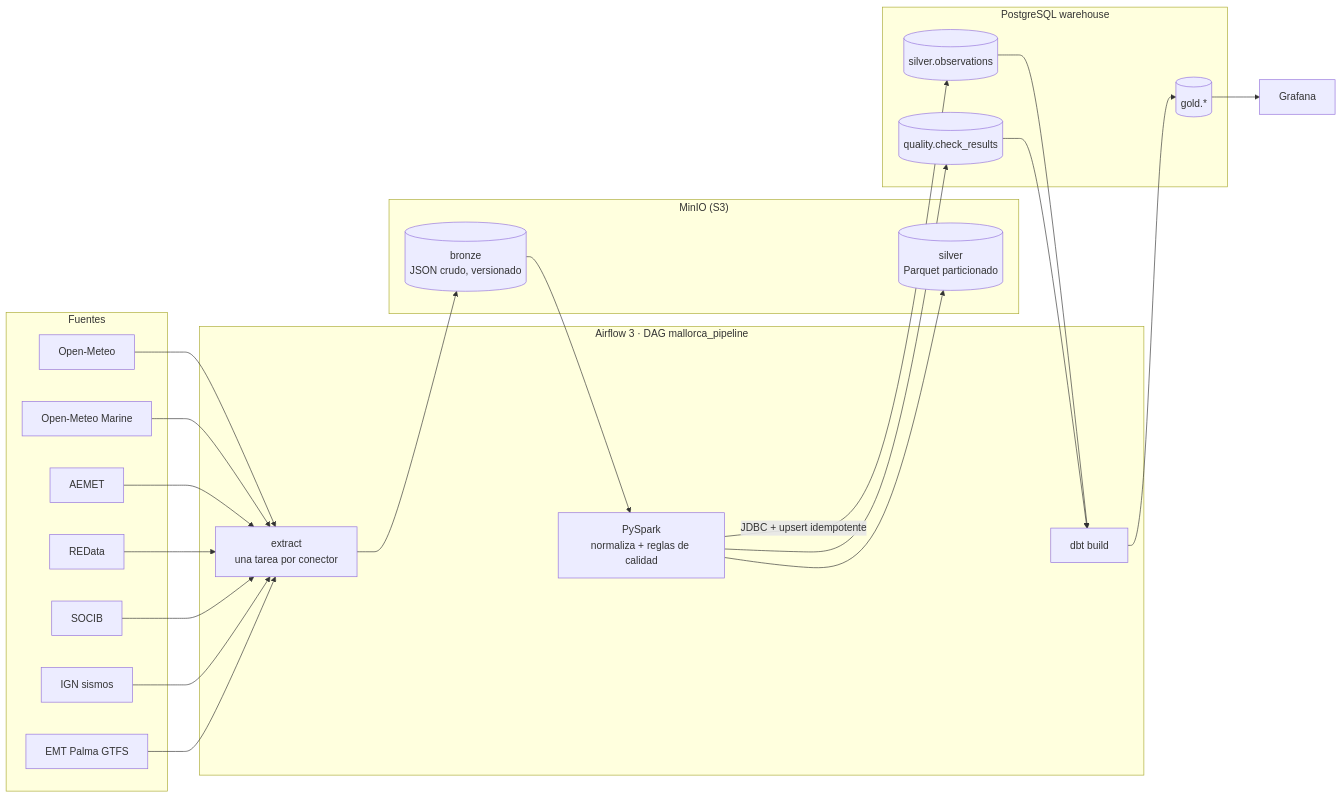
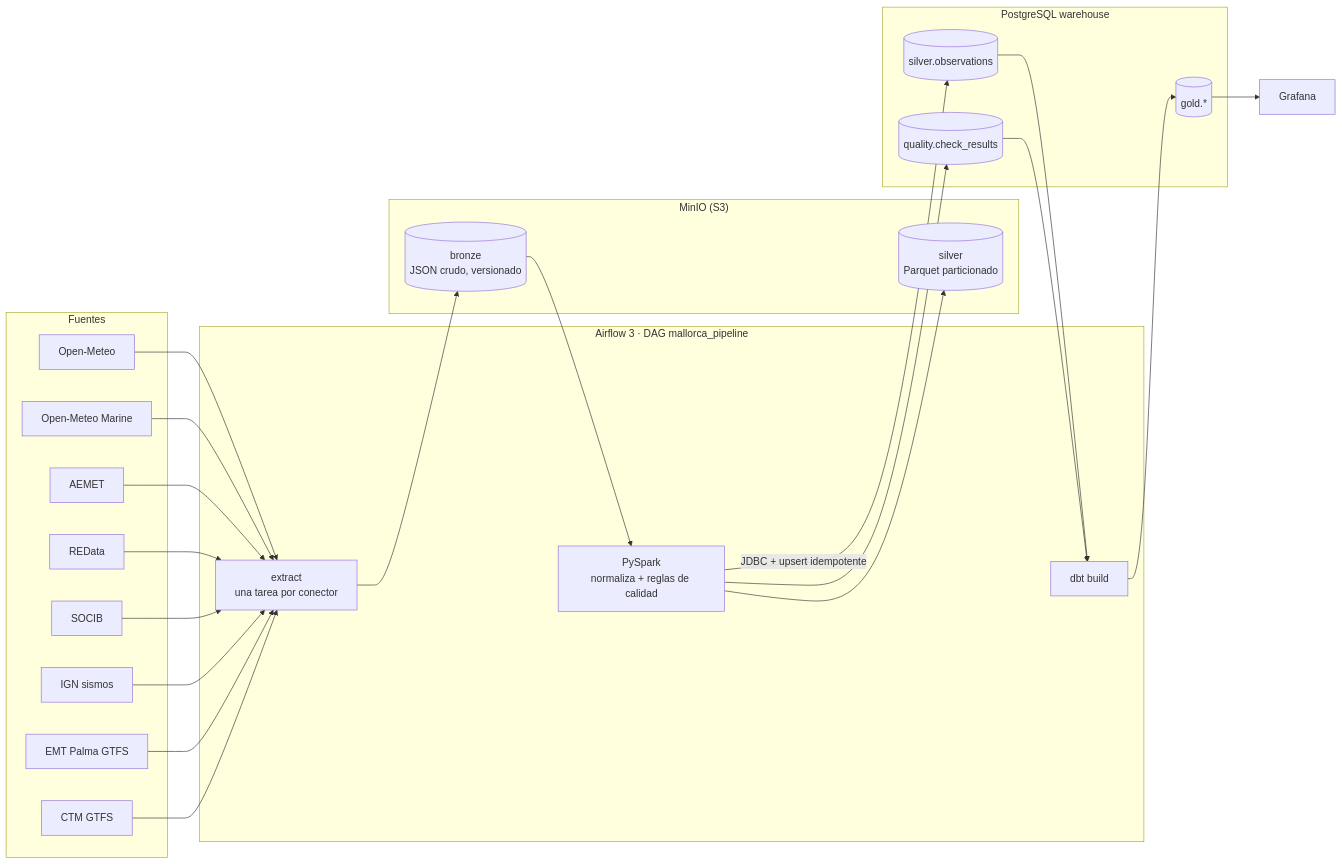
Before and after one commit to AlexandreColl/MallorcaDataPlatform: the diagram in README.md, drawn with Mermaid. The commit also changed other lines of this file and 4 other files, not shown here.

````diff
--- a/README.md
+++ b/README.md
@@ -21,32 +21,33 @@
 ```mermaid
 flowchart LR
     subgraph Fuentes
         OM[Open-Meteo]
         OMM[Open-Meteo Marine]
         AE[AEMET]
         RD[REData]
         SO[SOCIB]
         IG[IGN sismos]
         EM[EMT Palma GTFS]
+        CT[CTM GTFS]
     end
     subgraph Airflow["Airflow 3 · DAG mallorca_pipeline"]
         EX[extract<br/>una tarea por conector]
         SP[PySpark<br/>normaliza + reglas de calidad]
         DBT[dbt build]
     end
     subgraph MinIO["MinIO (S3)"]
         BR[(bronze<br/>JSON crudo, versionado)]
         SL[(silver<br/>Parquet particionado)]
     end
     subgraph PG[PostgreSQL warehouse]
         SV[(silver.observations)]
         QC[(quality.check_results)]
         GD[(gold.*)]
     end
-    OM & OMM & AE & RD & SO & IG & EM --> EX --> BR --> SP
+    OM & OMM & AE & RD & SO & IG & EM & CT --> EX --> BR --> SP
     SP --> SL
     SP -->|JDBC + upsert idempotente| SV
     SP --> QC
     SV & QC --> DBT --> GD --> GF[Grafana]
     classDef next stroke-dasharray: 5 5
 ```
````
